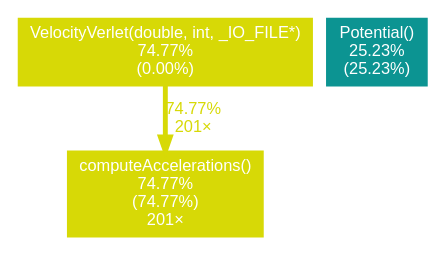
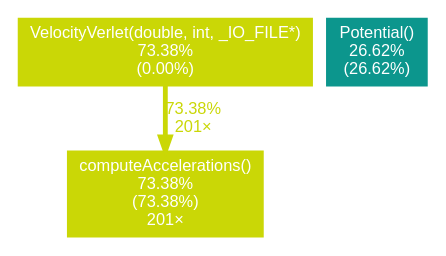
One commit to JoseBambora/ProjetoCPar changed the diagram in code/MDFinal.dot. Above: the diagram before and after it, drawn with Graphviz. The commit also changed 1 other file, not shown here.

```diff
--- a/code/MDFinal.dot
+++ b/code/MDFinal.dot
@@ -1,9 +1,9 @@
 digraph {
 	graph [fontname=Arial, nodesep=0.125, ranksep=0.25];
 	node [fontcolor=white, fontname=Arial, height=0, shape=box, style=filled, width=0];
 	edge [fontname=Arial];
-	1 [color="#d7d906", fontcolor="#ffffff", fontsize="10.00", label="computeAccelerations()\n74.77%\n(74.77%)\n201×"];
-	2 [color="#d7d906", fontcolor="#ffffff", fontsize="10.00", label="VelocityVerlet(double, int, _IO_FILE*)\n74.77%\n(0.00%)"];
-	2 -> 1 [arrowsize="0.86", color="#d7d906", fontcolor="#d7d906", fontsize="10.00", label="74.77%\n201×", labeldistance="2.99", penwidth="2.99"];
-	3 [color="#0c9492", fontcolor="#ffffff", fontsize="10.00", label="Potential()\n25.23%\n(25.23%)"];
+	1 [color="#cad706", fontcolor="#ffffff", fontsize="10.00", label="computeAccelerations()\n73.38%\n(73.38%)\n201×"];
+	2 [color="#cad706", fontcolor="#ffffff", fontsize="10.00", label="VelocityVerlet(double, int, _IO_FILE*)\n73.38%\n(0.00%)"];
+	2 -> 1 [arrowsize="0.86", color="#cad706", fontcolor="#cad706", fontsize="10.00", label="73.38%\n201×", labeldistance="2.94", penwidth="2.94"];
+	3 [color="#0c968d", fontcolor="#ffffff", fontsize="10.00", label="Potential()\n26.62%\n(26.62%)"];
 }
```
